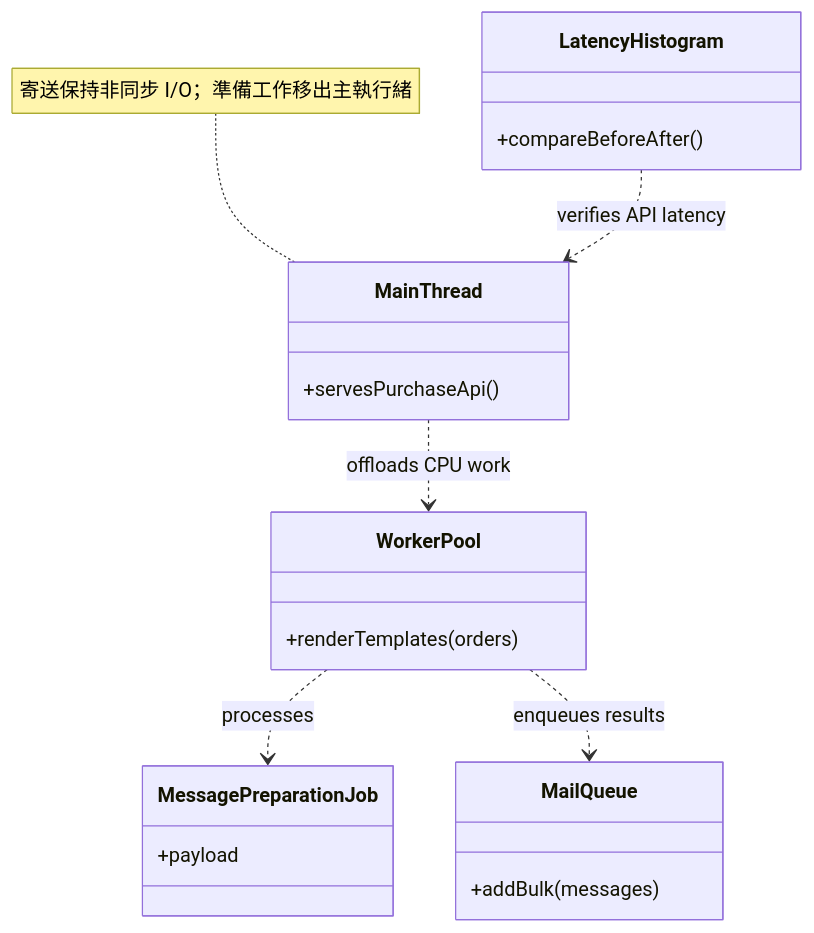
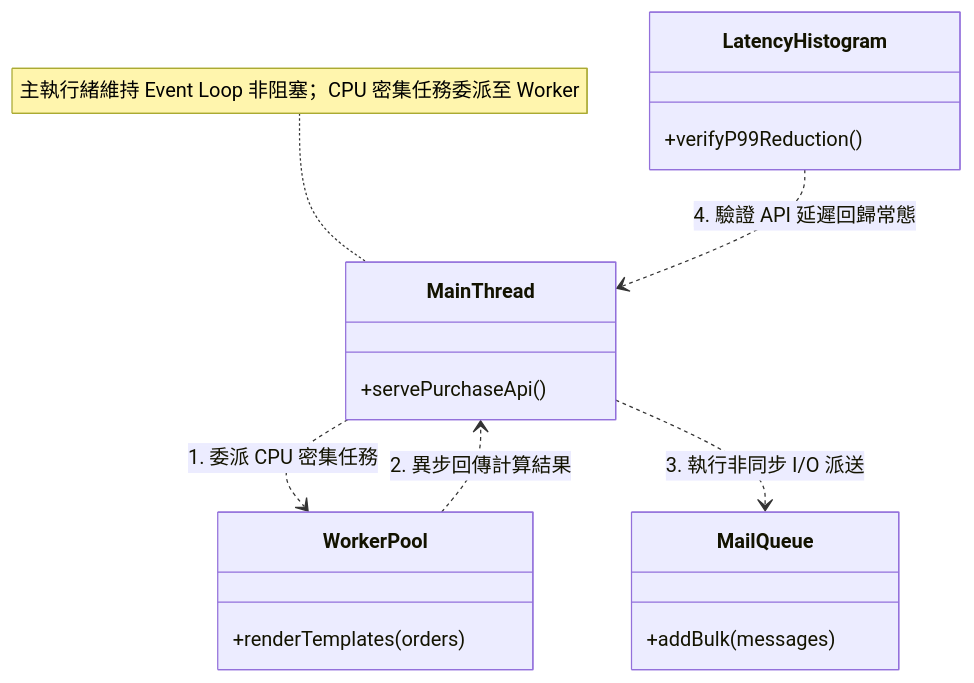
One commit to chienchien6/waterball changed diagram 15 of 15 in specs/answers/情境一-五-表格與類別圖.md. Above: the diagram before and after it, drawn with Mermaid. The commit also changed other lines of this file and 3 other files, not shown here.

````diff
--- a/specs/answers/情境一-五-表格與類別圖.md
+++ b/specs/answers/情境一-五-表格與類別圖.md
@@ -509,23 +616,20 @@
 ```mermaid
 classDiagram
     class MainThread {
-        +servesPurchaseApi()
+        +servePurchaseApi()
     }
     class WorkerPool {
         +renderTemplates(orders)
-    }
-    class MessagePreparationJob {
-        +payload
     }
     class MailQueue {
         +addBulk(messages)
     }
     class LatencyHistogram {
-        +compareBeforeAfter()
+        +verifyP99Reduction()
     }
-    MainThread ..> WorkerPool : offloads CPU work
-    WorkerPool ..> MessagePreparationJob : processes
-    WorkerPool ..> MailQueue : enqueues results
-    LatencyHistogram ..> MainThread : verifies API latency
-    note for MainThread "寄送保持非同步 I/O；準備工作移出主執行緒"
+    MainThread ..> WorkerPool : 1. 委派 CPU 密集任務
+    WorkerPool ..> MainThread : 2. 異步回傳計算結果
+    MainThread ..> MailQueue : 3. 執行非同步 I/O 派送
+    LatencyHistogram ..> MainThread : 4. 驗證 API 延遲回歸常態
+    note for MainThread "主執行緒維持 Event Loop 非阻塞；CPU 密集任務委派至 Worker"
 ```
````
